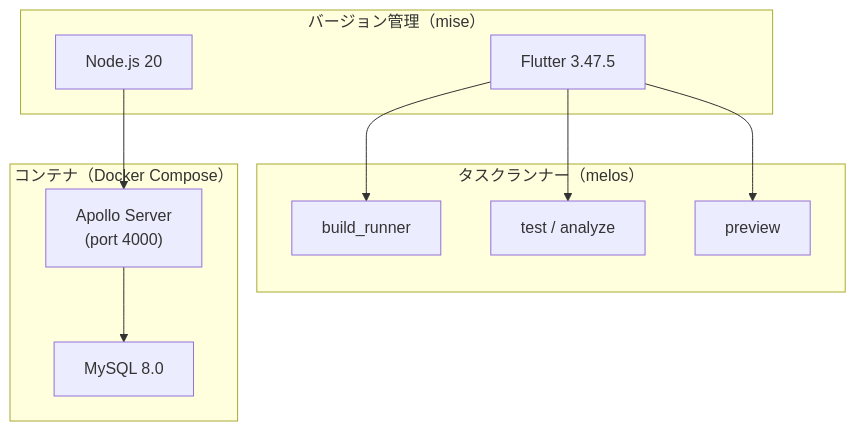
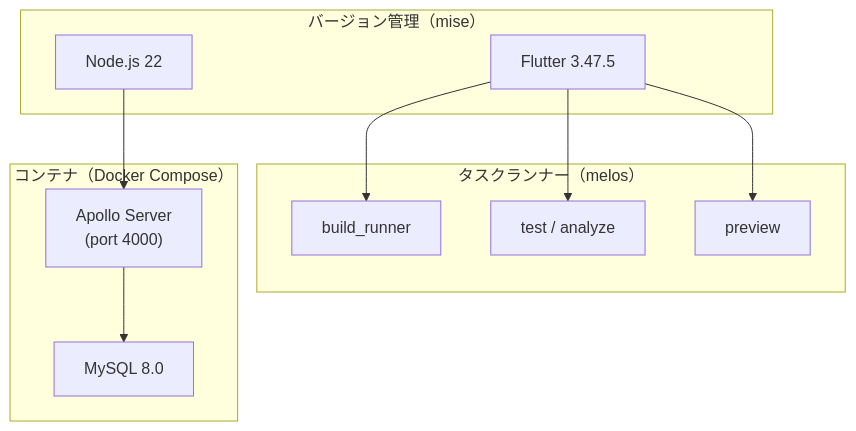
Before and after one commit to fumiyasac/travel_booking: the first of 5 diagrams in README.md, drawn with Mermaid. The commit also changed other lines of this file and 3 other files, not shown here.

````diff
--- a/README.md
+++ b/README.md
@@ -537,19 +537,19 @@
 ```mermaid
 graph TD
   subgraph Mise["バージョン管理（mise）"]
     FL["Flutter 3.47.5"]
-    ND["Node.js 20"]
+    ND["Node.js 22"]
   end
   subgraph Melos["タスクランナー（melos）"]
     BR["build_runner"]
     TEST["test / analyze"]
     PREV["preview"]
   end
   subgraph Docker["コンテナ（Docker Compose）"]
     MY["MySQL 8.0"]
     BK["Apollo Server<br/>(port 4000)"]
   end
   FL --> BR & TEST & PREV
   ND --> BK
   BK --> MY
 ```
````
